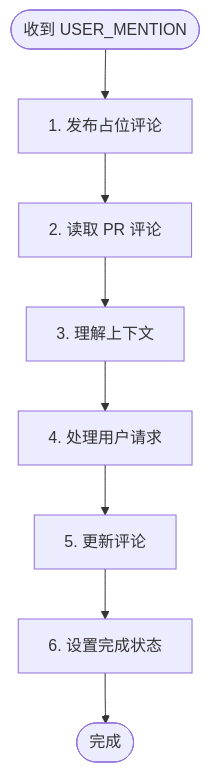
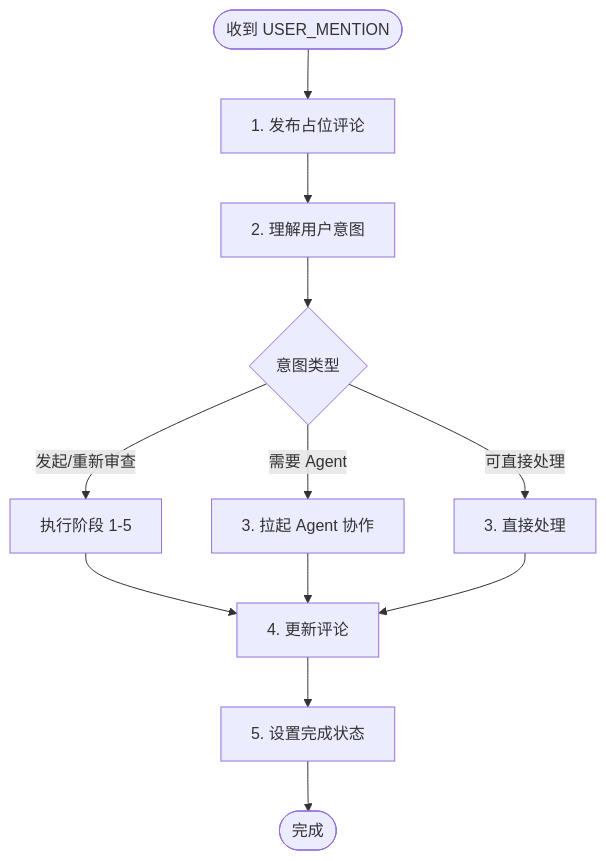
One commit to ryanflavor/.dotfiles changed the diagram in skills/duoduo/stages/0-mention-orchestrator.md. Above: the diagram before and after it, drawn with Mermaid. The commit also changed other lines of this file, not shown here.

````diff
--- a/skills/duoduo/stages/0-mention-orchestrator.md
+++ b/skills/duoduo/stages/0-mention-orchestrator.md
@@ -5,10 +5,14 @@
 ```mermaid
 flowchart TD
     Start([收到 USER_MENTION]) --> S1[1. 发布占位评论]
-    S1 --> S2[2. 读取 PR 评论]
-    S2 --> S3[3. 理解上下文]
-    S3 --> S4[4. 处理用户请求]
-    S4 --> S5[5. 更新评论]
-    S5 --> S6[6. 设置完成状态]
-    S6 --> Done([完成])
+    S1 --> S2[2. 理解用户意图]
+    S2 --> D{意图类型}
+    D -->|发起/重新审查| R[执行阶段 1-5]
+    D -->|需要 Agent| A[3. 拉起 Agent 协作]
+    D -->|可直接处理| P[3. 直接处理]
+    R --> S3[4. 更新评论]
+    A --> S3
+    P --> S3
+    S3 --> S4[5. 设置完成状态]
+    S4 --> Done([完成])
 ```
````
